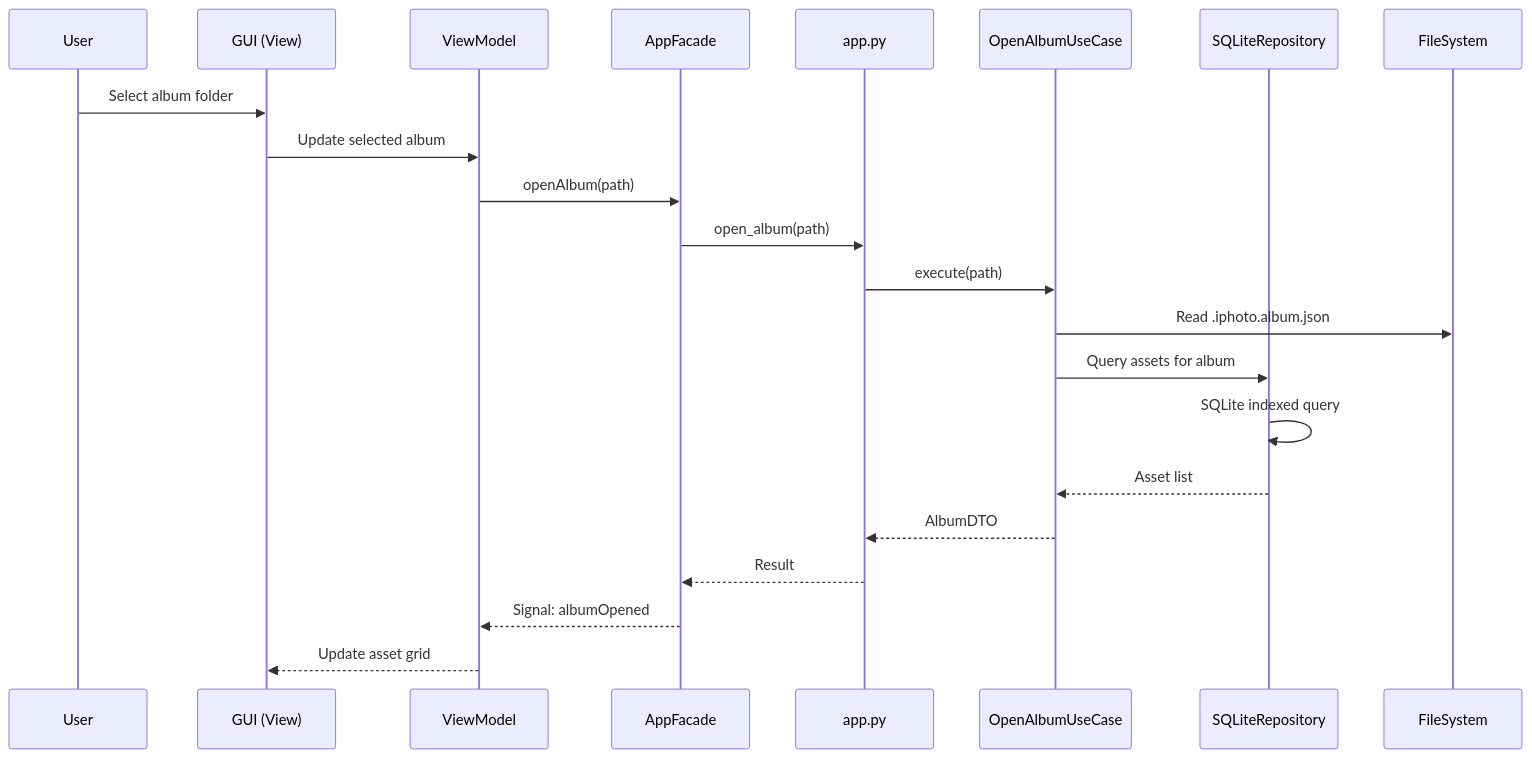
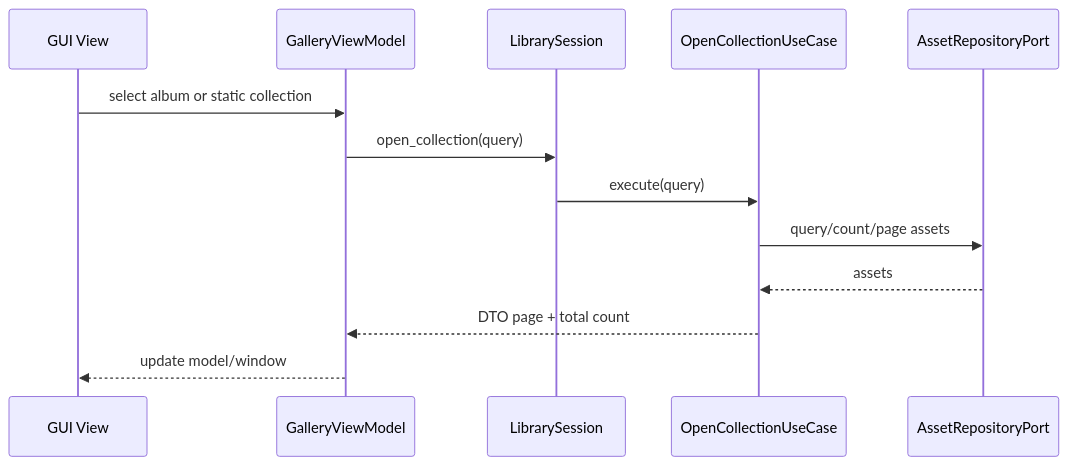
One commit to OliverZhaohaibin/iPhotron-LocalPhotoAlbumManager changed the third of 6 diagrams in docs/architecture.md. Above: the diagram before and after it, drawn with Mermaid. The commit also changed other lines of this file, not shown here.

Commit message:
docs: refresh architecture vNext plan

````diff
--- a/docs/architecture.md
+++ b/docs/architecture.md
@@ -166,25 +332,16 @@
 ```mermaid
 sequenceDiagram
-    participant User
-    participant GUI as GUI (View)
-    participant VM as ViewModel
-    participant Facade as AppFacade
-    participant Backend as app.py
-    participant UC as OpenAlbumUseCase
-    participant Repo as SQLiteRepository
-    participant FS as FileSystem
+    participant UI as GUI View
+    participant VM as GalleryViewModel
+    participant Session as LibrarySession
+    participant UseCase as OpenCollectionUseCase
+    participant Repo as AssetRepositoryPort
 
-    User->>GUI: Select album folder
-    GUI->>VM: Update selected album
-    VM->>Facade: openAlbum(path)
-    Facade->>Backend: open_album(path)
-    Backend->>UC: execute(path)
-    UC->>FS: Read .iphoto.album.json
-    UC->>Repo: Query assets for album
-    Repo->>Repo: SQLite indexed query
-    Repo-->>UC: Asset list
-    UC-->>Backend: AlbumDTO
-    Backend-->>Facade: Result
-    Facade-->>VM: Signal: albumOpened
-    VM-->>GUI: Update asset grid
+    UI->>VM: select album or static collection
+    VM->>Session: open_collection(query)
+    Session->>UseCase: execute(query)
+    UseCase->>Repo: query/count/page assets
+    Repo-->>UseCase: assets
+    UseCase-->>VM: DTO page + total count
+    VM-->>UI: update model/window
 ```
````
